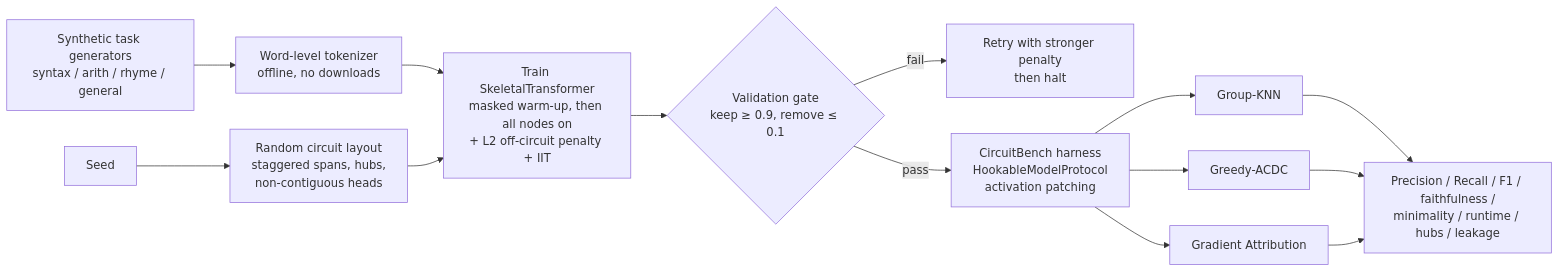
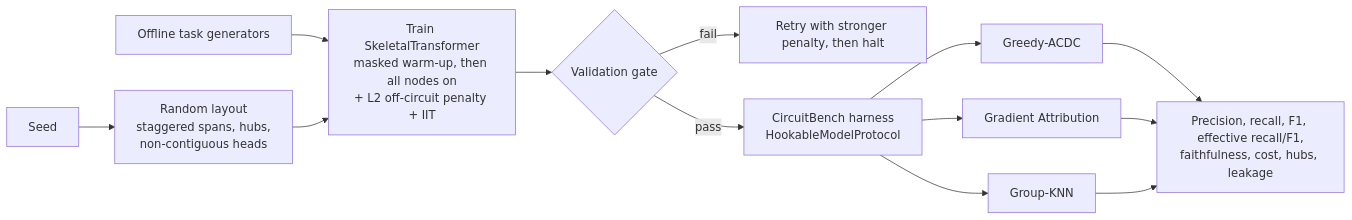
The diagram in README.md (rajapalagummi/Ground-Truth-Circuit-Discovery-Benchmark), drawn with Mermaid before and after one commit. The commit also changed other lines of this file and 45 other files, not shown here.

Commit message:
Reframe as multi-task identifiability benchmark; add effective recall/F1, related work, limitations; migrate to uv + ruff + strict pyright + CI; MIT license

````diff
--- a/README.md
+++ b/README.md
@@ -25,14 +31,12 @@
 ```mermaid
 flowchart LR
-    A[Synthetic task generators<br/>syntax / arith / rhyme / general] --> B[Word-level tokenizer<br/>offline, no downloads]
-    S[Seed] --> L[Random circuit layout<br/>staggered spans, hubs,<br/>non-contiguous heads]
-    B --> T[Train SkeletalTransformer<br/>masked warm-up, then all nodes on<br/>+ L2 off-circuit penalty + IIT]
-    L --> T
-    T --> G{Validation gate<br/>keep ≥ 0.9, remove ≤ 0.1}
-    G -- fail --> R[Retry with stronger penalty<br/>then halt]
-    G -- pass --> H[CircuitBench harness<br/>HookableModelProtocol<br/>activation patching]
-    H --> K[Group-KNN]
+    A[Offline task generators] --> T[Train SkeletalTransformer<br/>masked warm-up, then all nodes on<br/>+ L2 off-circuit penalty + IIT]
+    S[Seed] --> L[Random layout<br/>staggered spans, hubs,<br/>non-contiguous heads] --> T
+    T --> G{Validation gate}
+    G -- fail --> R[Retry with stronger penalty, then halt]
+    G -- pass --> H[CircuitBench harness<br/>HookableModelProtocol]
     H --> C[Greedy-ACDC]
     H --> D[Gradient Attribution]
-    K & C & D --> M[Precision / Recall / F1 / faithfulness /<br/>minimality / runtime / hubs / leakage]
+    H --> K[Group-KNN]
+    C & D & K --> M[Precision, recall, F1, effective recall/F1,<br/>faithfulness, cost, hubs, leakage]
 ```
````
